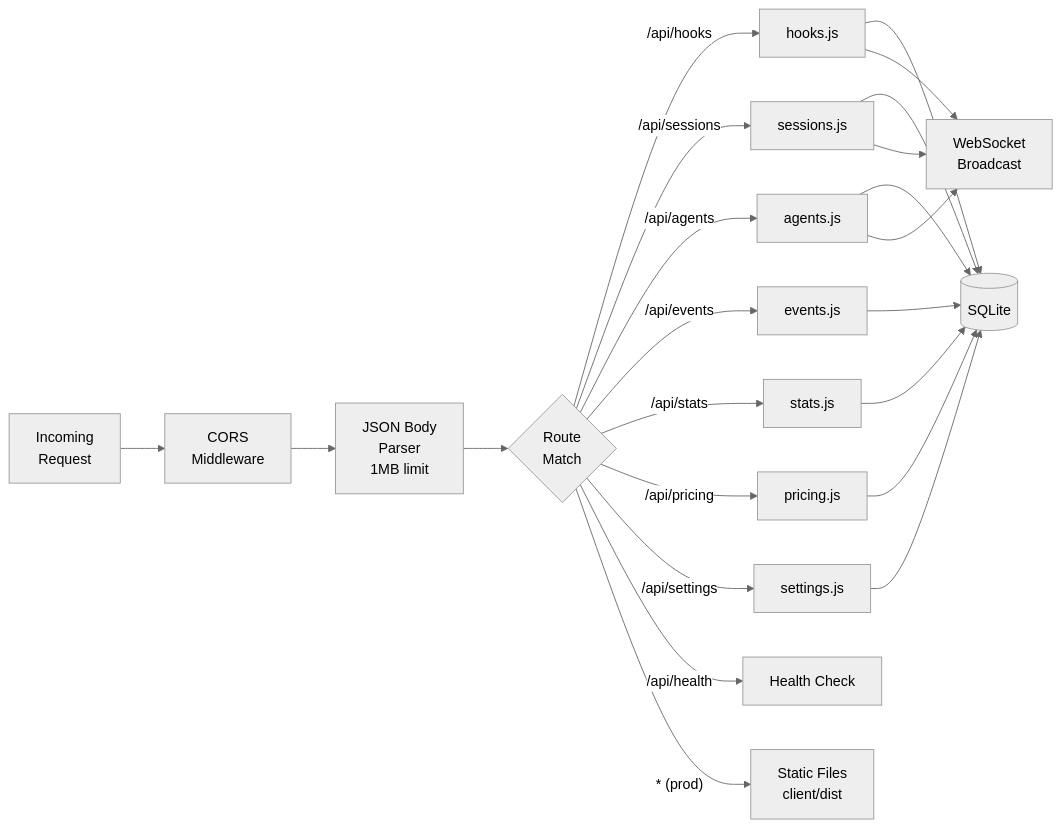
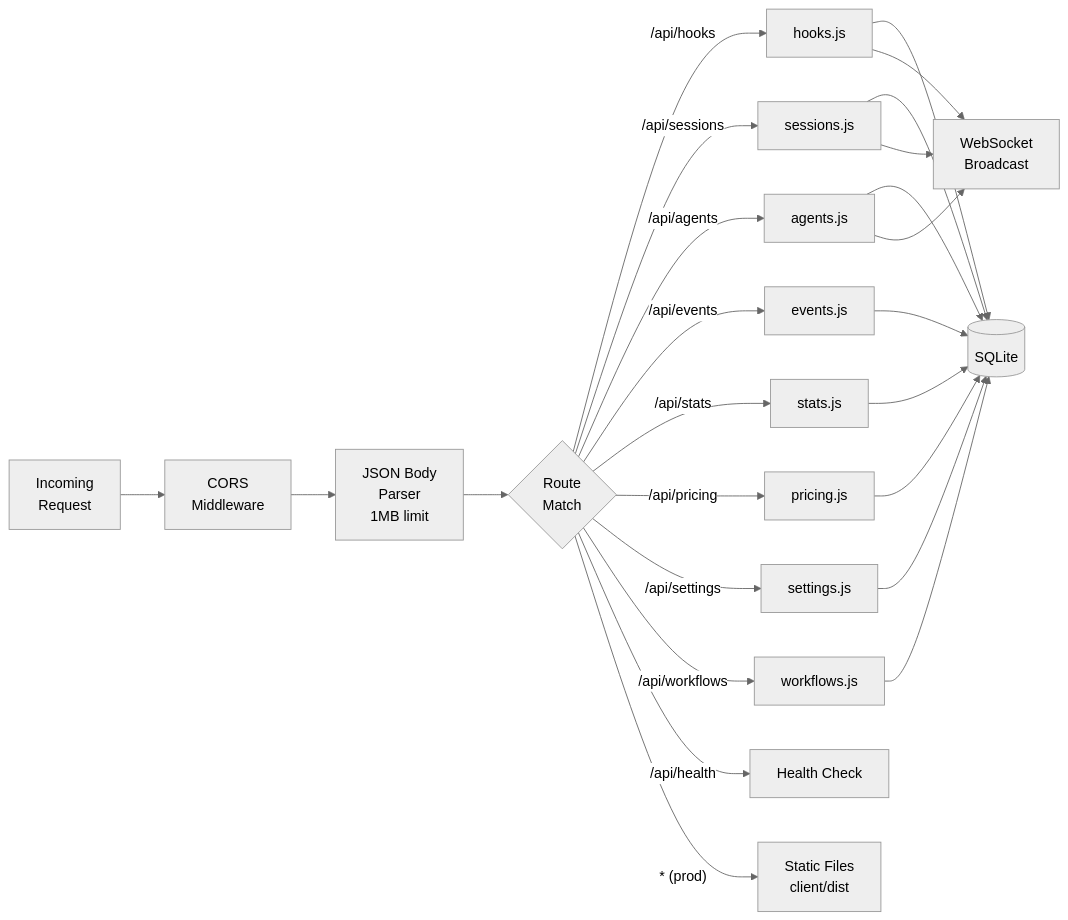
The sixth of 27 diagrams in ARCHITECTURE.md (StrainReviews/Claude-Code-Agent-Monitor), drawn with Mermaid (neutral theme) before and after one commit. The commit also changed other lines of this file and 29 other files, not shown here.

````diff
--- a/ARCHITECTURE.md
+++ b/ARCHITECTURE.md
@@ -265,27 +269,29 @@
 ```mermaid
 flowchart LR
     REQ[Incoming<br/>Request] --> CORS[CORS<br/>Middleware]
     CORS --> JSON[JSON Body<br/>Parser<br/>1MB limit]
     JSON --> ROUTER{Route<br/>Match}
     ROUTER -->|/api/hooks| HOOKS[hooks.js]
     ROUTER -->|/api/sessions| SESSIONS[sessions.js]
     ROUTER -->|/api/agents| AGENTS[agents.js]
     ROUTER -->|/api/events| EVENTS[events.js]
     ROUTER -->|/api/stats| STATS[stats.js]
     ROUTER -->|/api/pricing| PRICING[pricing.js]
     ROUTER -->|/api/settings| SETTINGS[settings.js]
+    ROUTER -->|/api/workflows| WORKFLOWS[workflows.js]
     ROUTER -->|/api/health| HEALTH[Health Check]
     ROUTER -->|"* (prod)"| STATIC[Static Files<br/>client/dist]
 
     HOOKS --> DB[(SQLite)]
     SESSIONS --> DB
     AGENTS --> DB
     EVENTS --> DB
     STATS --> DB
     PRICING --> DB
     SETTINGS --> DB
+    WORKFLOWS --> DB
 
     HOOKS --> WS[WebSocket<br/>Broadcast]
     SESSIONS --> WS
     AGENTS --> WS
 ```
````
